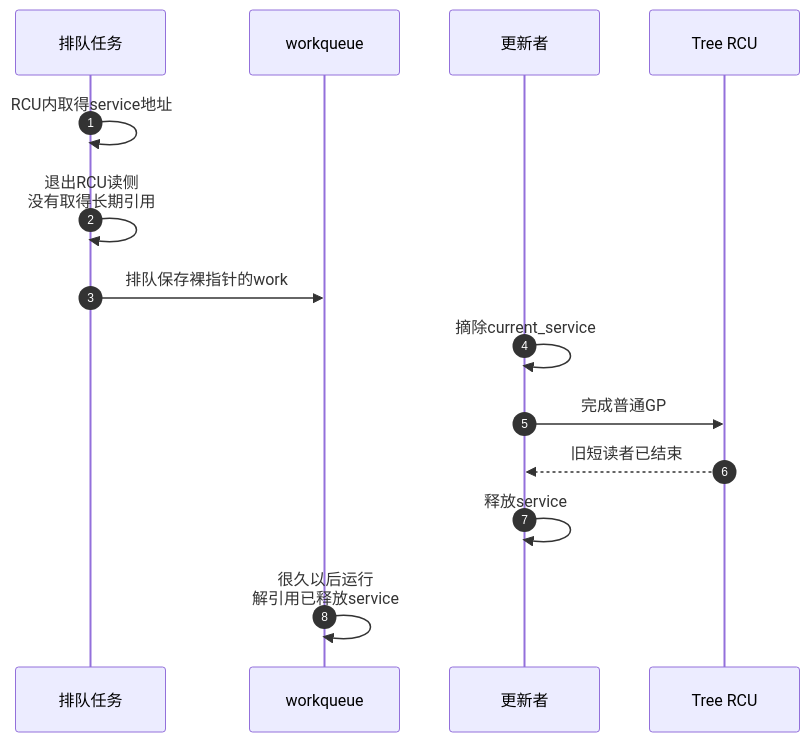
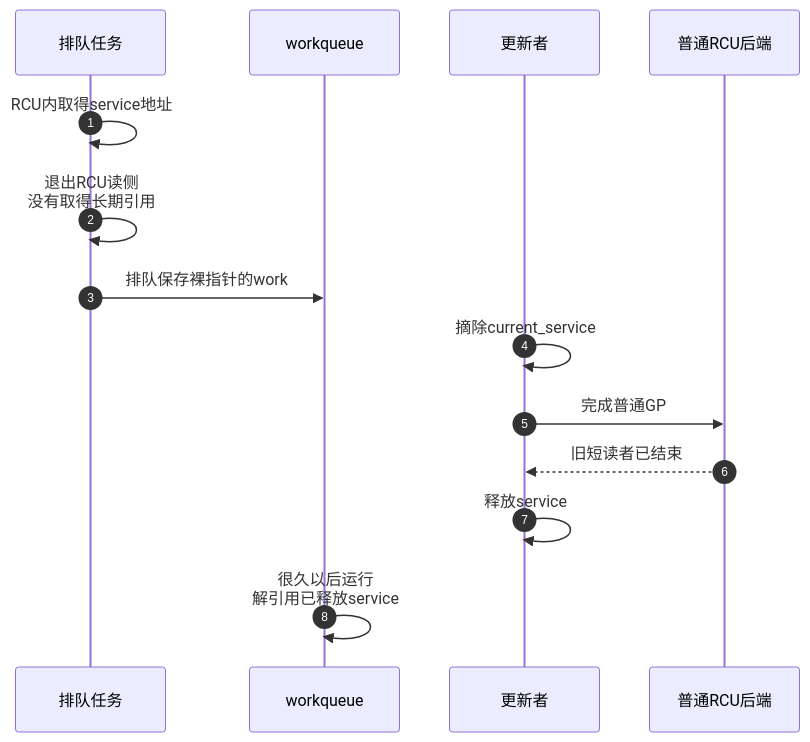
The second of 2 diagrams in knowledge/linux/synchronization_and_asynchrony/synchronization/rcu/P24_RCU_调试验证与集成误用.md (FormingSystem/linux_note), drawn with Mermaid before and after one commit. The commit also changed other lines of this file and 1 other file, not shown here.

First line of the commit message:
content(knowledge/rcu): 修复工作交付责任并校正诊断证据

````diff
--- a/knowledge/linux/synchronization_and_asynchrony/synchronization/rcu/P24_RCU_调试验证与集成误用.md
+++ b/knowledge/linux/synchronization_and_asynchrony/synchronization/rcu/P24_RCU_调试验证与集成误用.md
@@ -73,17 +78,17 @@
 ```mermaid
 sequenceDiagram
     autonumber
     participant Q as 排队任务
     participant WQ as workqueue
     participant U as 更新者
-    participant GP as Tree RCU
+    participant GP as 普通RCU后端
 
     Q->>Q: RCU内取得service地址
     Q->>Q: 退出RCU读侧<br/>没有取得长期引用
     Q->>WQ: 排队保存裸指针的work
     U->>U: 摘除current_service
     U->>GP: 完成普通GP
     GP-->>U: 旧短读者已结束
     U->>U: 释放service
     WQ->>WQ: 很久以后运行<br/>解引用已释放service
 ```
````
